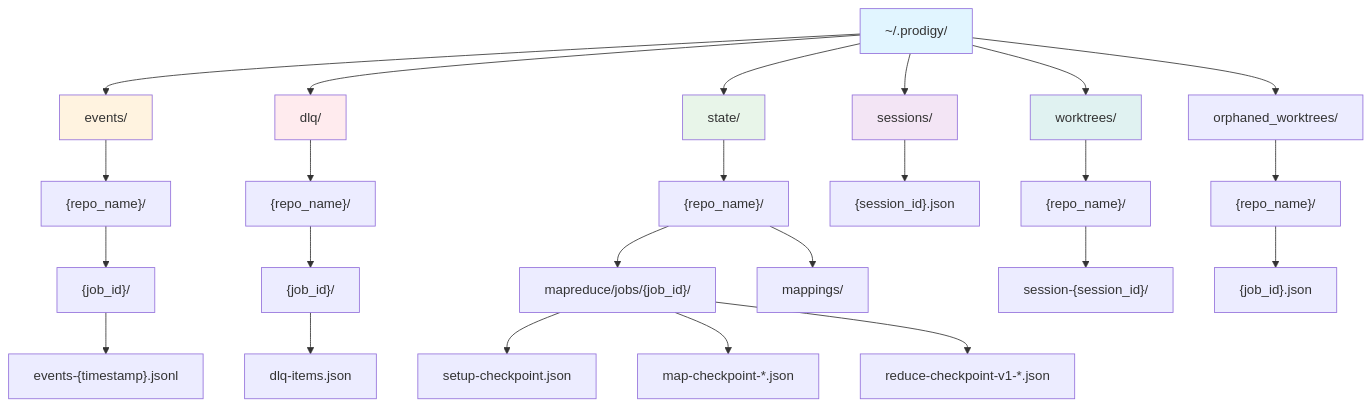
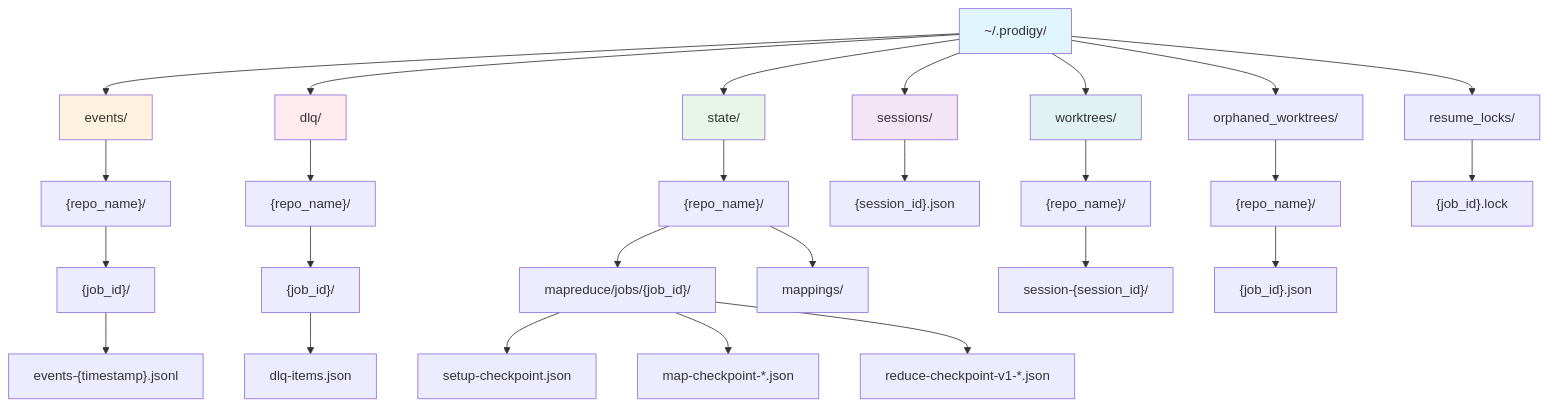
Before and after one commit to iepathos/prodigy: the first of 2 diagrams in docs/advanced/storage/structure.md, drawn with Mermaid. The commit also changed other lines of this file, not shown here.

````diff
--- a/docs/advanced/storage/structure.md
+++ b/docs/advanced/storage/structure.md
@@ -7,39 +7,42 @@
 ```mermaid
 graph TD
     Root["~/.prodigy/"] --> Events["events/"]
     Root --> DLQ["dlq/"]
     Root --> State["state/"]
     Root --> Sessions["sessions/"]
     Root --> Worktrees["worktrees/"]
     Root --> Orphaned["orphaned_worktrees/"]
+    Root --> Locks["resume_locks/"]
 
     Events --> ERepo["{repo_name}/"]
     ERepo --> EJob["{job_id}/"]
     EJob --> EFiles["events-{timestamp}.jsonl"]
 
     DLQ --> DRepo["{repo_name}/"]
     DRepo --> DJob["{job_id}/"]
     DJob --> DFiles["dlq-items.json"]
 
     State --> SRepo["{repo_name}/"]
     SRepo --> MapReduce["mapreduce/jobs/{job_id}/"]
     SRepo --> Mappings["mappings/"]
     MapReduce --> Setup["setup-checkpoint.json"]
     MapReduce --> Map["map-checkpoint-*.json"]
     MapReduce --> Reduce["reduce-checkpoint-v1-*.json"]
 
     Sessions --> SessionFiles["{session_id}.json"]
 
     Worktrees --> WRepo["{repo_name}/"]
     WRepo --> WSession["session-{session_id}/"]
 
     Orphaned --> ORepo["{repo_name}/"]
     ORepo --> OJob["{job_id}.json"]
 
+    Locks --> LockFiles["{job_id}.lock"]
+
     style Root fill:#e1f5ff
     style Events fill:#fff3e0
     style DLQ fill:#ffebee
     style State fill:#e8f5e9
     style Sessions fill:#f3e5f5
     style Worktrees fill:#e0f2f1
 ```
````
